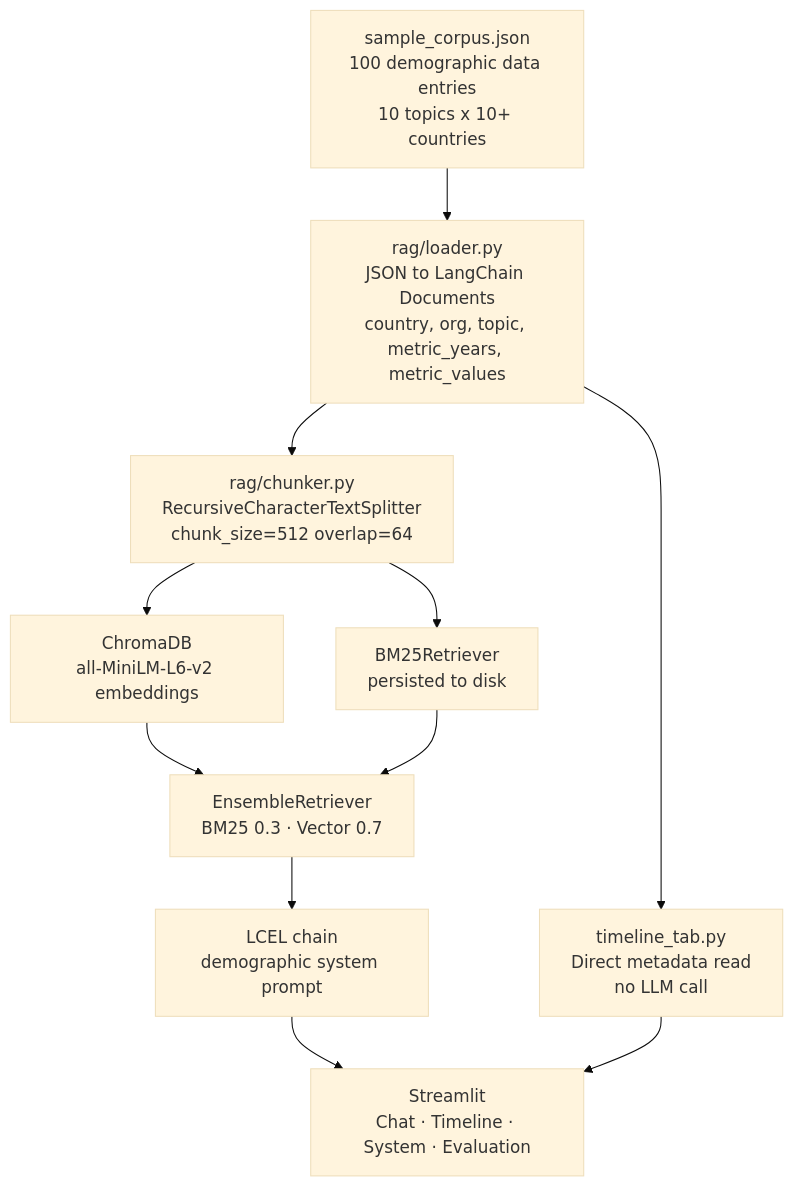
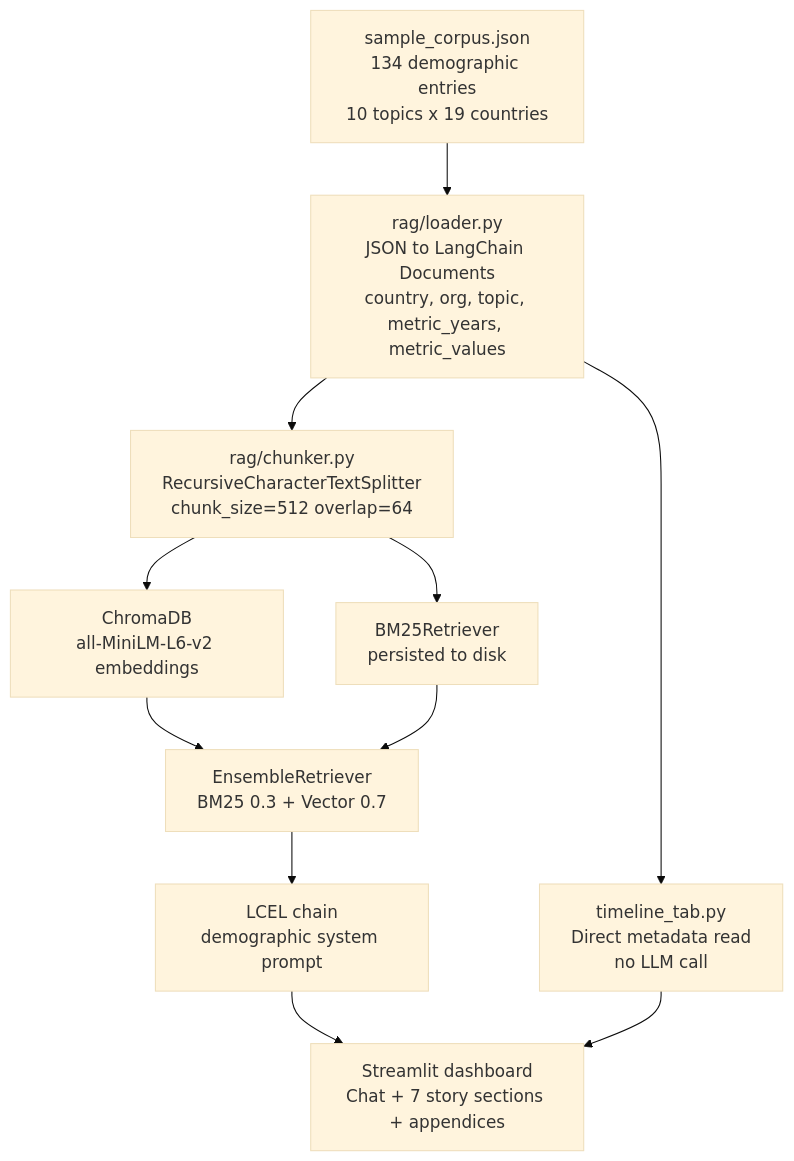
The diagram in README.md (masoudraimi/Demographic-Futures), drawn with Mermaid (base theme) before and after one commit. The commit also changed other lines of this file and 16 other files, not shown here.

````diff
--- a/README.md
+++ b/README.md
@@ -22,13 +43,13 @@
 ```mermaid
 flowchart TD
-    A[sample_corpus.json\n100 demographic data entries\n10 topics x 10+ countries] --> B[rag/loader.py\nJSON to LangChain Documents\ncountry, org, topic, metric_years, metric_values]
+    A[sample_corpus.json\n134 demographic entries\n10 topics x 19 countries] --> B[rag/loader.py\nJSON to LangChain Documents\ncountry, org, topic, metric_years, metric_values]
     B --> C[rag/chunker.py\nRecursiveCharacterTextSplitter\nchunk_size=512 overlap=64]
     C --> D1[ChromaDB\nall-MiniLM-L6-v2 embeddings]
     C --> D2[BM25Retriever\npersisted to disk]
-    D1 --> E[EnsembleRetriever\nBM25 0.3 · Vector 0.7]
+    D1 --> E[EnsembleRetriever\nBM25 0.3 + Vector 0.7]
     D2 --> E
     E --> F[LCEL chain\ndemographic system prompt]
-    F --> G[Streamlit\nChat · Timeline · System · Evaluation]
+    F --> G[Streamlit dashboard\nChat + 7 story sections + appendices]
     B --> H[timeline_tab.py\nDirect metadata read\nno LLM call]
     H --> G
 ```
````
